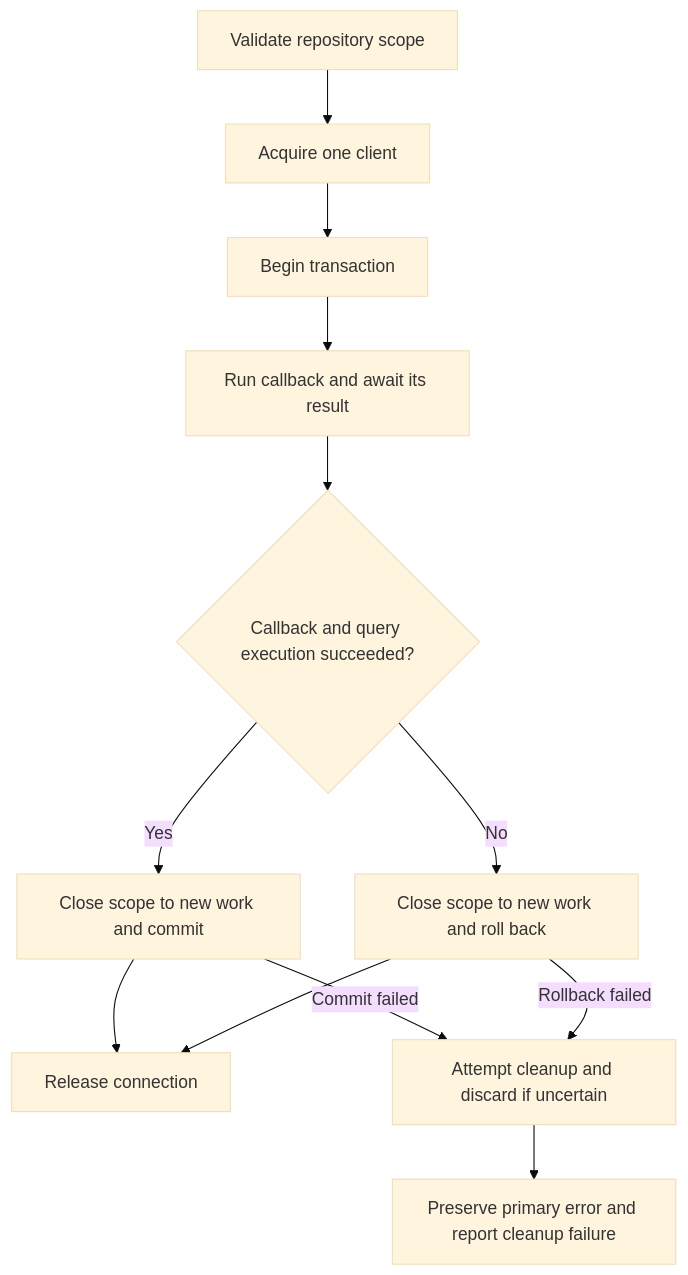
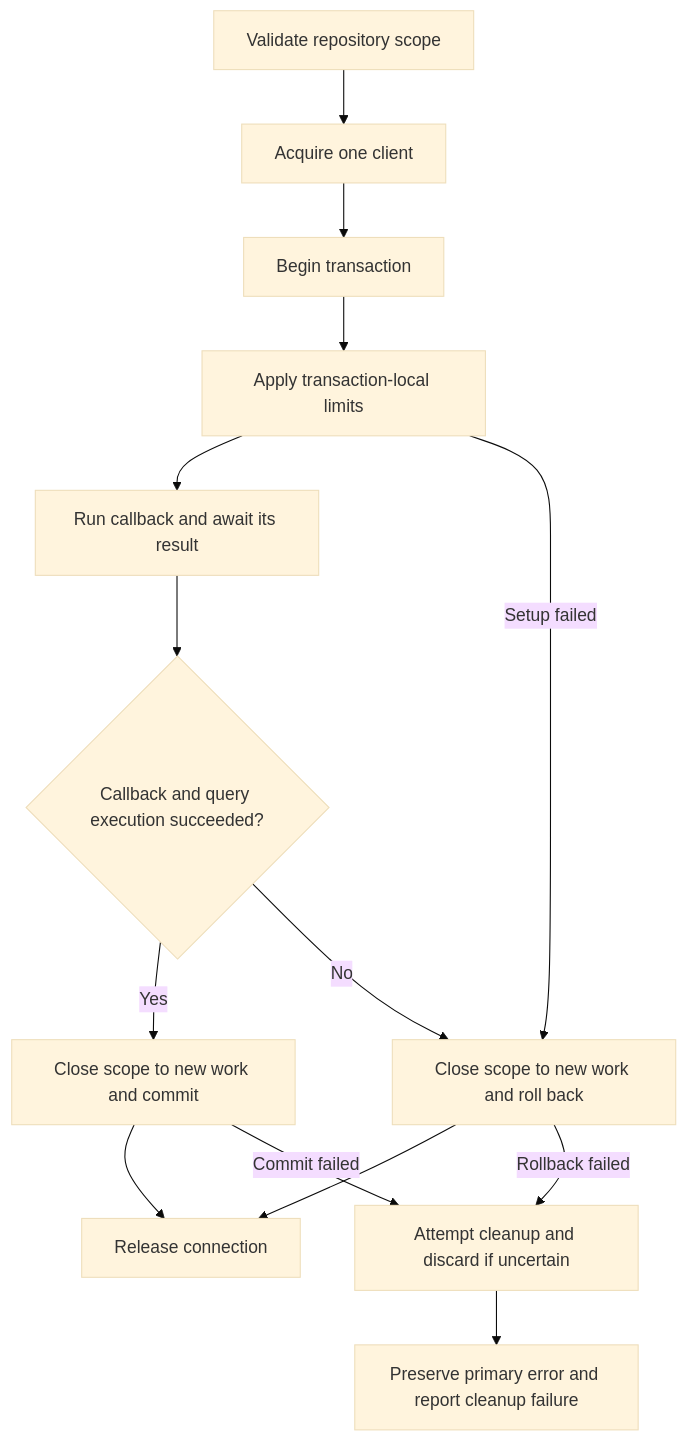
One commit to bigalorm/bigal changed the diagram in docs/plans/2026-09-13-1334-feat-transaction-ergonomics-plan.md. Above: the diagram before and after it, drawn with Mermaid (base theme). The commit also changed other lines of this file, not shown here.

Commit message:
docs: define bounded transaction locking

````diff
--- a/docs/plans/2026-09-13-1334-feat-transaction-ergonomics-plan.md
+++ b/docs/plans/2026-09-13-1334-feat-transaction-ergonomics-plan.md
@@ -385,14 +451,16 @@
 ```mermaid
 flowchart TD
   A[Validate repository scope] --> B[Acquire one client]
   B --> C[Begin transaction]
-  C --> D[Run callback and await its result]
+  C --> T[Apply transaction-local limits]
+  T --> D[Run callback and await its result]
+  T -->|Setup failed| G
   D --> E{Callback and query execution succeeded?}
   E -->|Yes| F[Close scope to new work and commit]
   E -->|No| G[Close scope to new work and roll back]
   F --> H[Release connection]
   G --> H
   F -->|Commit failed| I[Attempt cleanup and discard if uncertain]
   G -->|Rollback failed| I
   I --> J[Preserve primary error and report cleanup failure]
 ```
````
